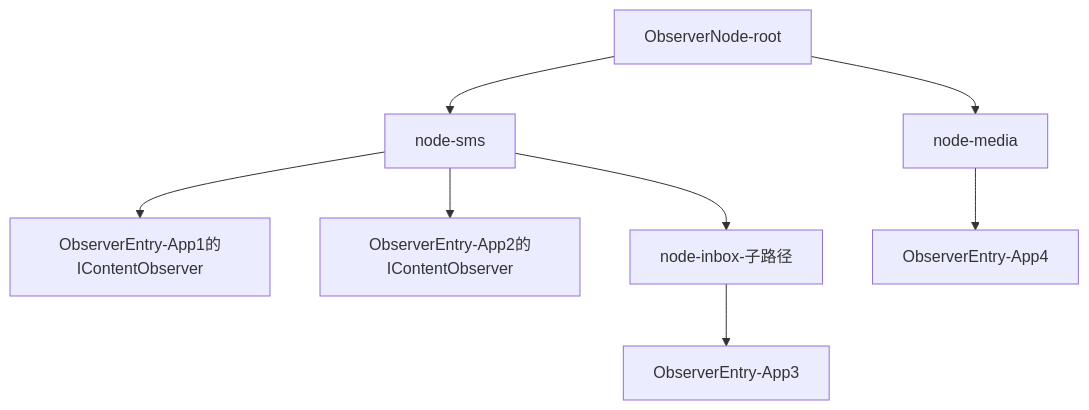
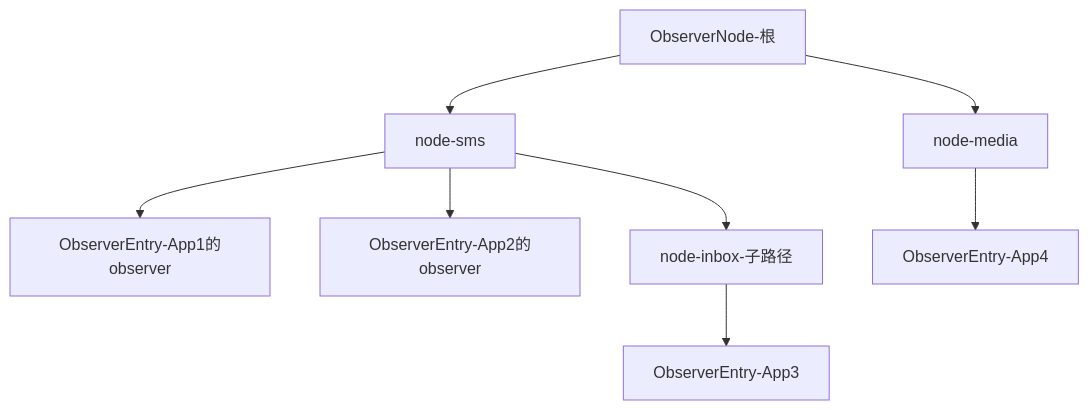
One commit to coswit/coswit.github.io changed the second of 10 diagrams in Android/深入理解Android卷II/07-深入理解ContentService和AccountManagerService.md. Above: the diagram before and after it, drawn with Mermaid. The commit also changed other lines of this file and 7 other files, not shown here.

````diff
--- a/Android/深入理解Android卷II/07-深入理解ContentService和AccountManagerService.md
+++ b/Android/深入理解Android卷II/07-深入理解ContentService和AccountManagerService.md
@@ -33,10 +132,10 @@
 ```mermaid
 graph TD
-    root["ObserverNode-root"] --> a["node-sms"]
+    root["ObserverNode-根"] --> a["node-sms"]
     root --> b["node-media"]
-    a --> c["ObserverEntry-App1的IContentObserver"]
-    a --> d["ObserverEntry-App2的IContentObserver"]
+    a --> c["ObserverEntry-App1的observer"]
+    a --> d["ObserverEntry-App2的observer"]
     a --> a2["node-inbox-子路径"]
     a2 --> e["ObserverEntry-App3"]
     b --> f["ObserverEntry-App4"]
 ```
````
